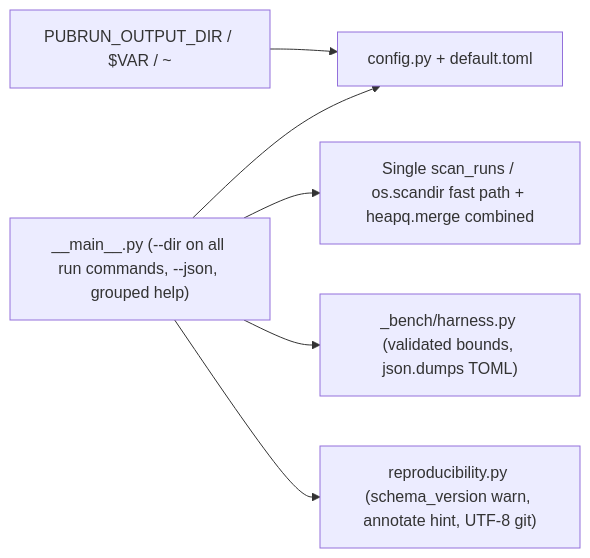
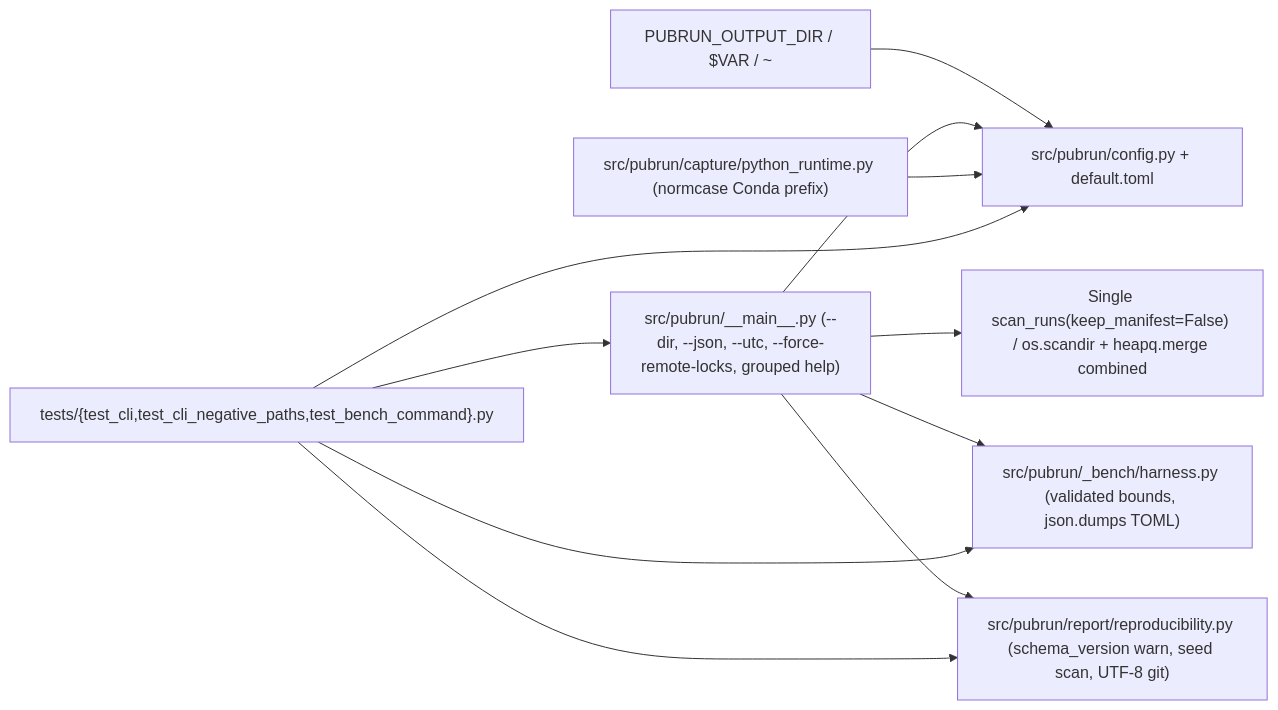
One commit to fariello/pubrun changed the diagram in .aw/records/plans/pending/20261127-assess-8l-08-2ge0ea-cli-ergonomics-dir-pubrun-output-dir-json-output-streaming-c.ipd.md. Above: the diagram before and after it, drawn with Mermaid. The commit also changed other lines of this file and 1 other file, not shown here.

````diff
--- a/.aw/records/plans/pending/20261127-assess-8l-08-2ge0ea-cli-ergonomics-dir-pubrun-output-dir-json-output-streaming-c.ipd.md
+++ b/.aw/records/plans/pending/20261127-assess-8l-08-2ge0ea-cli-ergonomics-dir-pubrun-output-dir-json-output-streaming-c.ipd.md
@@ -32,8 +34,13 @@
 ```mermaid
 flowchart LR
-    ENV["PUBRUN_OUTPUT_DIR / $VAR / ~"] --> CFG["config.py + default.toml"]
-    CLI["__main__.py (--dir on all run commands, --json, grouped help)"] --> CFG
-    CLI --> FAST["Single scan_runs / os.scandir fast path + heapq.merge combined"]
-    CLI --> BENCH["_bench/harness.py (validated bounds, json.dumps TOML)"]
-    CLI --> REPRO["reproducibility.py (schema_version warn, annotate hint, UTF-8 git)"]
+    ENV["PUBRUN_OUTPUT_DIR / $VAR / ~"] --> CFG["src/pubrun/config.py + default.toml"]
+    CLI["src/pubrun/__main__.py (--dir, --json, --utc, --force-remote-locks, grouped help)"] --> CFG
+    CLI --> FAST["Single scan_runs(keep_manifest=False) / os.scandir + heapq.merge combined"]
+    CLI --> BENCH["src/pubrun/_bench/harness.py (validated bounds, json.dumps TOML)"]
+    CLI --> REPRO["src/pubrun/report/reproducibility.py (schema_version warn, seed scan, UTF-8 git)"]
+    PYRT["src/pubrun/capture/python_runtime.py (normcase Conda prefix)"] --> CFG
+    TESTS["tests/{test_cli,test_cli_negative_paths,test_bench_command}.py"] --> CLI
+    TESTS --> CFG
+    TESTS --> BENCH
+    TESTS --> REPRO
 ```
````
